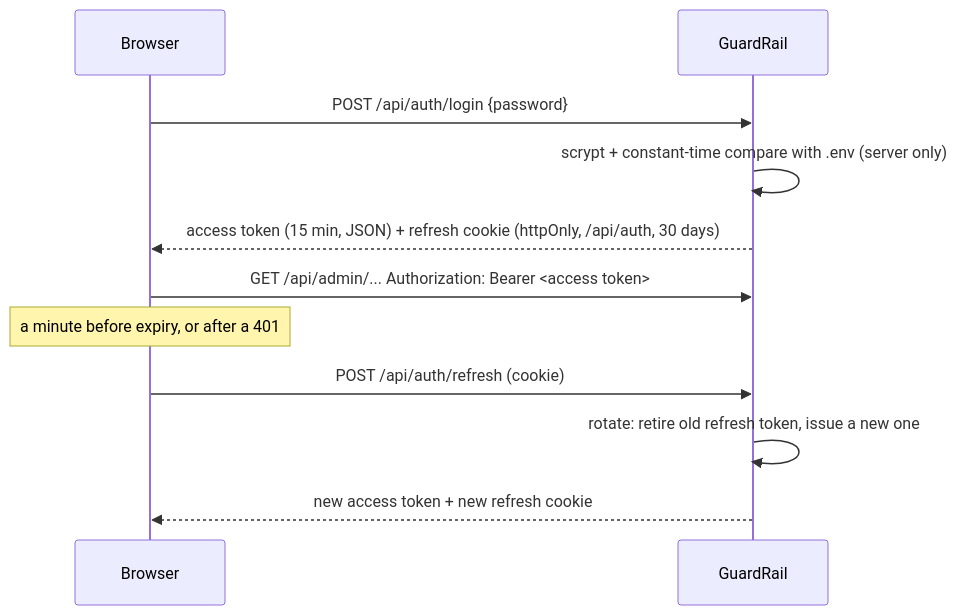
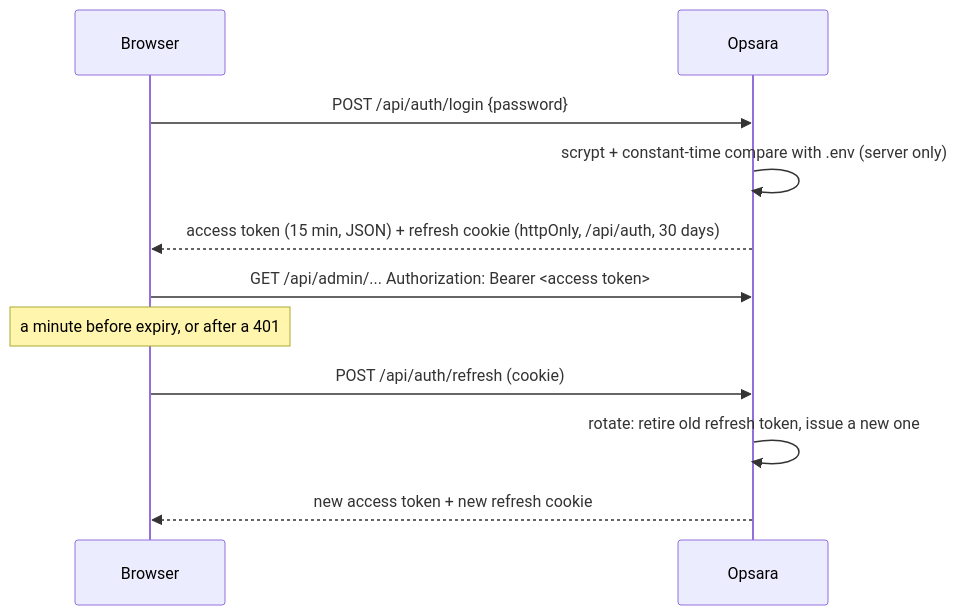
Before and after one commit to sislamrafi/guardrail: the diagram in docs/security.md, drawn with Mermaid. The commit also changed other lines of this file and 87 other files, not shown here.

First line of the commit message:
Rename to Opsara AI (formerly GuardRail), with compatibility

````diff
--- a/docs/security.md
+++ b/docs/security.md
@@ -9,13 +9,13 @@
 ```mermaid
 sequenceDiagram
     participant B as Browser
-    participant S as GuardRail
+    participant S as Opsara
     B->>S: POST /api/auth/login {password}
     S->>S: scrypt + constant-time compare with .env (server only)
     S-->>B: access token (15 min, JSON) + refresh cookie (httpOnly, /api/auth, 30 days)
     B->>S: GET /api/admin/... Authorization: Bearer <access token>
     Note over B: a minute before expiry, or after a 401
     B->>S: POST /api/auth/refresh (cookie)
     S->>S: rotate: retire old refresh token, issue a new one
     S-->>B: new access token + new refresh cookie
 ```
````
